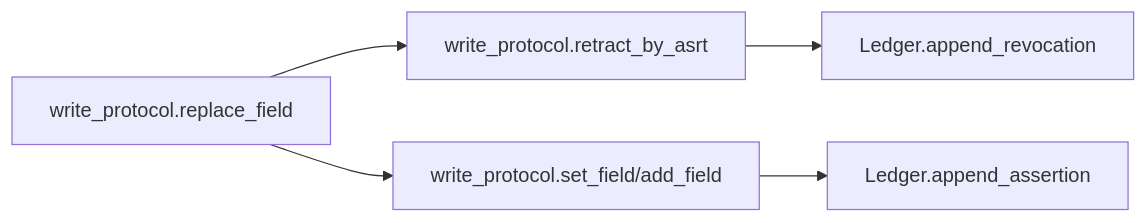
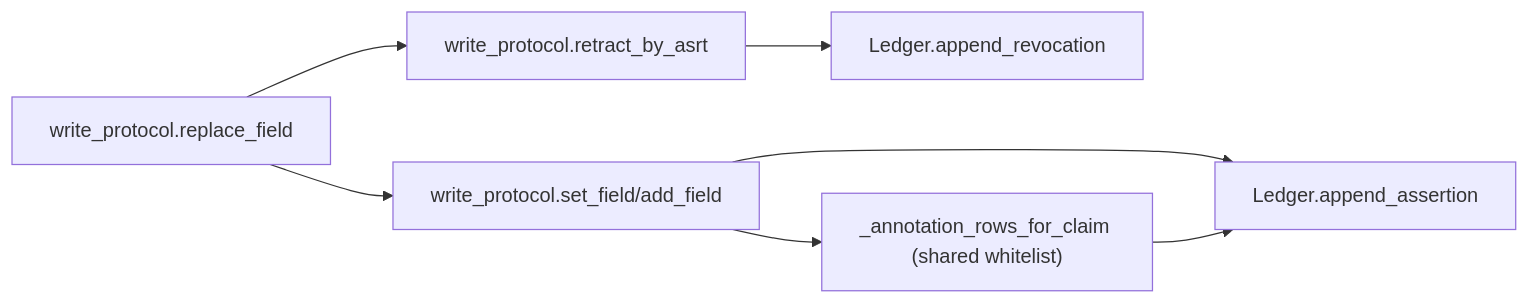
The first of 4 diagrams in src/factpy_kernel/core/docs/01_architecture.md (Symbolic-Intelligence-Org/factgraph), drawn with Mermaid before and after one commit. The commit also changed other lines of this file and 11 other files, not shown here.

````diff
--- a/src/factpy_kernel/core/docs/01_architecture.md
+++ b/src/factpy_kernel/core/docs/01_architecture.md
@@ -98,7 +119,9 @@
 ```mermaid
 flowchart LR
   A["write_protocol.set_field/add_field"] --> B["Ledger.append_assertion"]
+  A --> A2["_annotation_rows_for_claim (shared whitelist)"]
+  A2 --> B
   C["write_protocol.retract_by_asrt"] --> D["Ledger.append_revocation"]
   E["write_protocol.replace_field"] --> C
   E --> A
 ```
````
